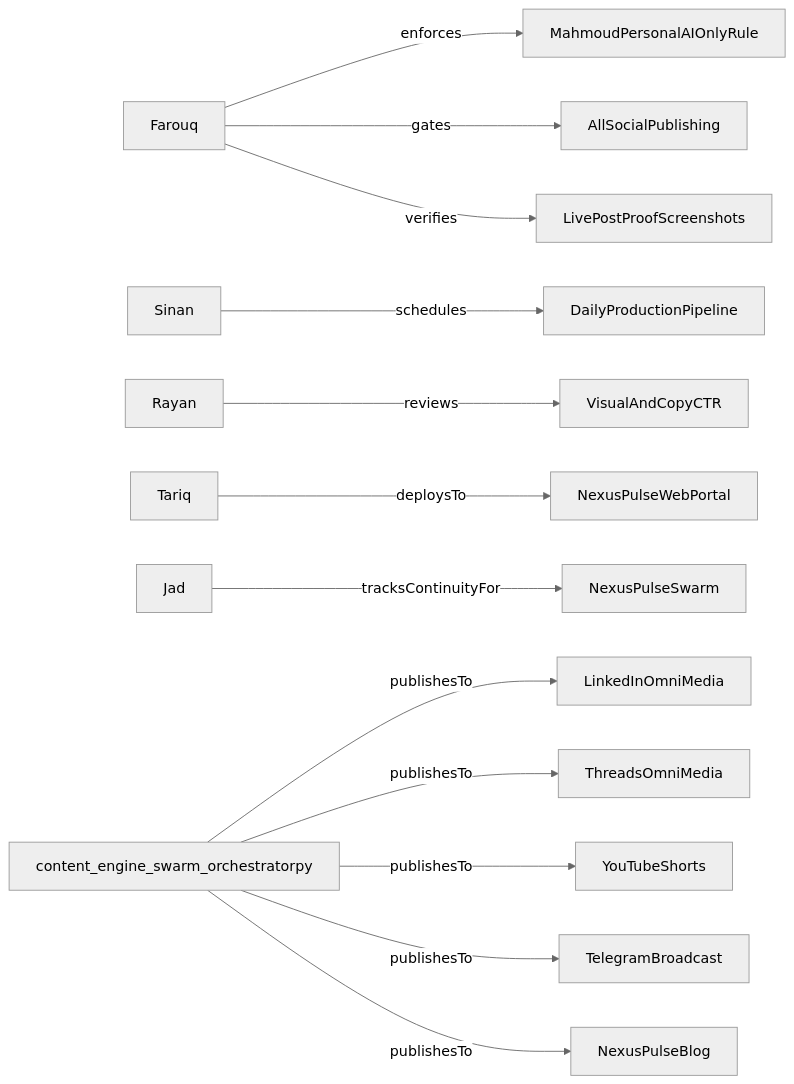
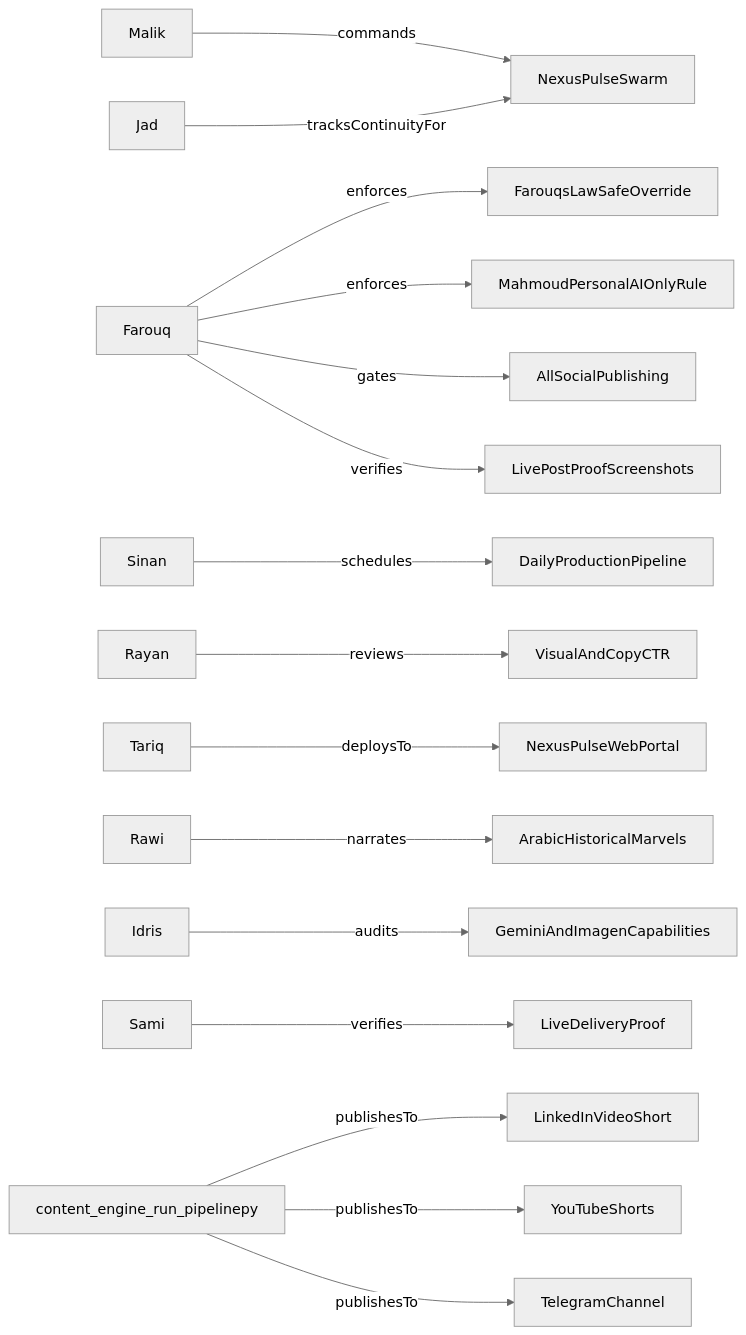
Before and after one commit to MahmoudSamour/nexus-pulse: the diagram in ONTOLOGY.md, drawn with Mermaid (neutral theme). The commit also changed other lines of this file and 4 other files, not shown here.

Commit message:
publish: ⚡ Nexus Pulse Intelligence & diverse bespoke media (2026-10-26)

````diff
--- a/ONTOLOGY.md
+++ b/ONTOLOGY.md
@@ -51,15 +55,18 @@
 ```mermaid
 graph LR
+    Malik -->|commands| NexusPulseSwarm
+    Farouq -->|enforces| FarouqsLawSafeOverride
     Farouq -->|enforces| MahmoudPersonalAIOnlyRule
     Farouq -->|gates| AllSocialPublishing
     Farouq -->|verifies| LivePostProofScreenshots
     Sinan -->|schedules| DailyProductionPipeline
     Rayan -->|reviews| VisualAndCopyCTR
     Tariq -->|deploysTo| NexusPulseWebPortal
+    Rawi -->|narrates| ArabicHistoricalMarvels
+    Idris -->|audits| GeminiAndImagenCapabilities
+    Sami -->|verifies| LiveDeliveryProof
     Jad -->|tracksContinuityFor| NexusPulseSwarm
-    content_engine_swarm_orchestratorpy -->|publishesTo| LinkedInOmniMedia
-    content_engine_swarm_orchestratorpy -->|publishesTo| ThreadsOmniMedia
-    content_engine_swarm_orchestratorpy -->|publishesTo| YouTubeShorts
-    content_engine_swarm_orchestratorpy -->|publishesTo| TelegramBroadcast
-    content_engine_swarm_orchestratorpy -->|publishesTo| NexusPulseBlog
+    content_engine_run_pipelinepy -->|publishesTo| LinkedInVideoShort
+    content_engine_run_pipelinepy -->|publishesTo| YouTubeShorts
+    content_engine_run_pipelinepy -->|publishesTo| TelegramChannel
 ```
````
